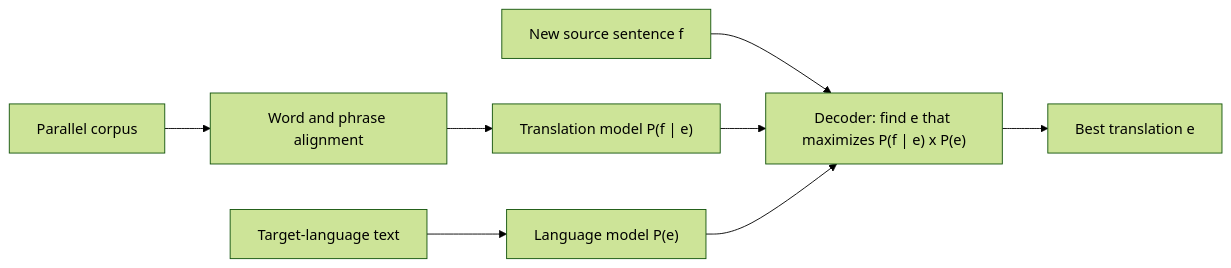
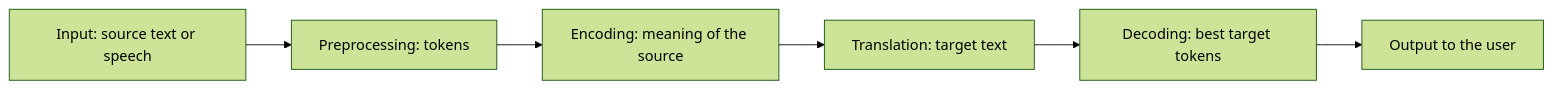
Before and after one commit to TrendySloth1001/sem-seven-notes: the second of 9 diagrams in content/natural-language-processing/notes/nlp-applications.mdx, drawn with Mermaid (forest theme). The commit also changed other lines of this file and 406 other files, not shown here.

````diff
--- a/content/natural-language-processing/notes/nlp-applications.mdx
+++ b/content/natural-language-processing/notes/nlp-applications.mdx
@@ -159,11 +65,9 @@
 ```mermaid
-%% caption: The SMT pipeline. Training builds the two models; decoding uses them to translate a new sentence.
+%% caption: Working of a machine translation system, step by step.
 flowchart LR
-  P["Parallel corpus"] --> A["Word and phrase alignment"]
-  A --> TM["Translation model P(f | e)"]
-  E["Target-language text"] --> LM["Language model P(e)"]
-  S["New source sentence f"] --> D["Decoder: find e that maximizes P(f | e) x P(e)"]
-  TM --> D
-  LM --> D
-  D --> O["Best translation e"]
+  A["Input: source text or speech"] --> B["Preprocessing: tokens"]
+  B --> C["Encoding: meaning of the source"]
+  C --> D["Translation: target text"]
+  D --> E["Decoding: best target tokens"]
+  E --> F["Output to the user"]
 ```
````
